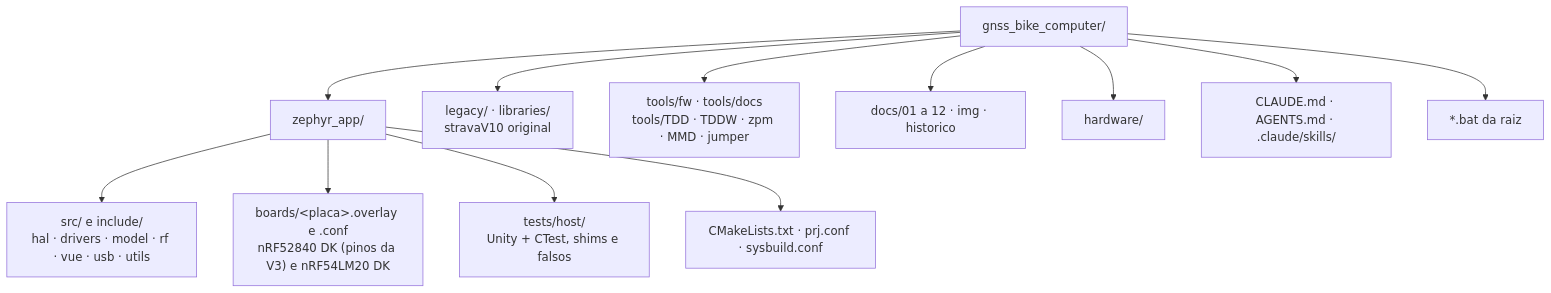
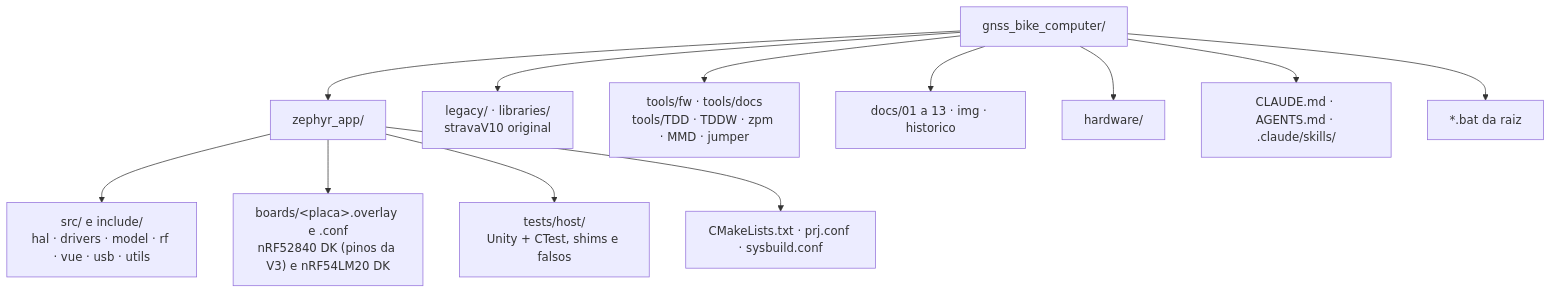
The first of 2 diagrams in CLAUDE.md (Guiimartinho/gnss-bike-computer), drawn with Mermaid before and after one commit. The commit also changed other lines of this file and 8 other files, not shown here.

````diff
--- a/CLAUDE.md
+++ b/CLAUDE.md
@@ -57,15 +57,15 @@
 ```mermaid
 flowchart TB
     ROOT["gnss_bike_computer/"]
     ROOT --> ZA["zephyr_app/"]
     ZA --> ZS["src/ e include/<br/>hal · drivers · model · rf · vue · usb · utils"]
     ZA --> ZB["boards/&lt;placa&gt;.overlay e .conf<br/>nRF52840 DK (pinos da V3) e nRF54LM20 DK"]
     ZA --> ZT["tests/host/<br/>Unity + CTest, shims e falsos"]
     ZA --> ZC["CMakeLists.txt · prj.conf · sysbuild.conf"]
     ROOT --> LEG["legacy/ · libraries/<br/>stravaV10 original"]
     ROOT --> TOOLS["tools/fw · tools/docs<br/>tools/TDD · TDDW · zpm · MMD · jumper"]
-    ROOT --> DOCS["docs/01 a 12 · img · historico"]
+    ROOT --> DOCS["docs/01 a 13 · img · historico"]
     ROOT --> HW["hardware/"]
     ROOT --> AI["CLAUDE.md · AGENTS.md · .claude/skills/"]
     ROOT --> BAT["*.bat da raiz"]
 ```
````
